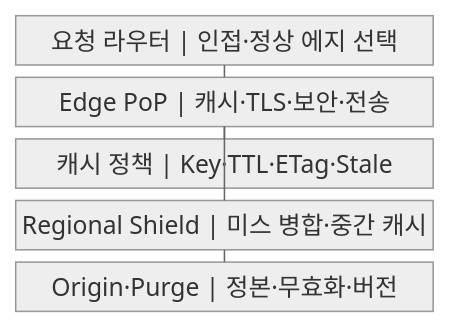
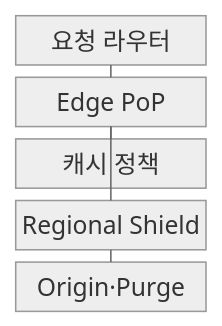
One commit to agnusdei1207/knowledge-base changed the first of 2 diagrams in src/content/docs/notes/03-software/181_cdn.md. Above: the diagram before and after it, drawn with Mermaid (neutral theme). The commit also changed other lines of this file and 238 other files, not shown here.

````diff
--- a/src/content/docs/notes/03-software/181_cdn.md
+++ b/src/content/docs/notes/03-software/181_cdn.md
@@ -55,13 +55,13 @@
 ```mermaid
-block
+block-beta
     columns 1
-    A["요청 라우터 | 인접·정상 에지 선택"]
-    B["Edge PoP | 캐시·TLS·보안·전송"]
-    C["캐시 정책 | Key·TTL·ETag·Stale"]
-    D["Regional Shield | 미스 병합·중간 캐시"]
-    E["Origin·Purge | 정본·무효화·버전"]
+    A["요청 라우터"]
+    B["Edge PoP"]
+    C["캐시 정책"]
+    D["Regional Shield"]
+    E["Origin·Purge"]
     A --- B
     B --- C
     B --- D
     D --- E
 ```
````
